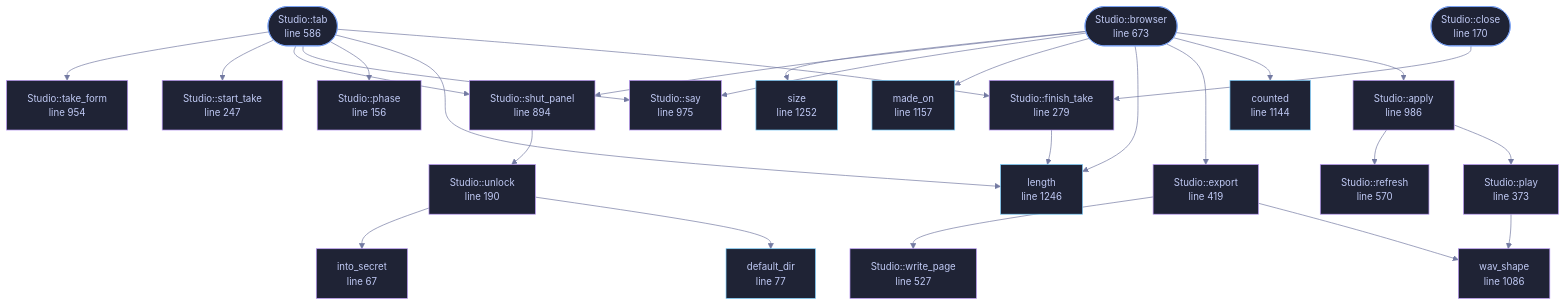
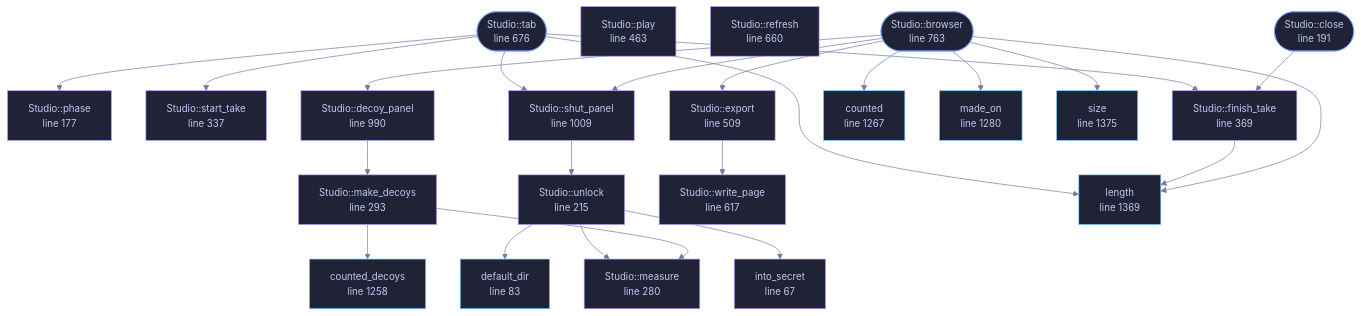
The diagram in docs/files/veilvoice-gui/studio.md (tilas01/veilvoice), drawn with Mermaid before and after one commit. The commit also changed other lines of this file and 83 other files, not shown here.

First line of the commit message:
studio: decoys, and the build that had been red for five commits

````diff
--- a/docs/files/veilvoice-gui/studio.md
+++ b/docs/files/veilvoice-gui/studio.md
@@ -120,79 +120,76 @@
 ```mermaid
 %%{init: {"theme":"base","themeVariables":{"background":"#1a1b26","primaryColor":"#1f2335","primaryTextColor":"#c0caf5","primaryBorderColor":"#7aa2f7","secondaryColor":"#16161e","tertiaryColor":"#16161e","lineColor":"#737aa2","textColor":"#c0caf5","mainBkg":"#1f2335","nodeBorder":"#7aa2f7","clusterBkg":"#16161e","clusterBorder":"#2f3549","fontFamily":"ui-monospace, SFMono-Regular, Consolas, monospace","fontSize":"14px"}}}%%
 flowchart TD
     n_into_secret["into_secret<br/>line 67"]
-    n_default_dir["default_dir<br/>line 77"]
-    n_phase["Studio::phase<br/>line 156"]
-    n_close(["Studio::close<br/>line 170"])
-    n_unlock["Studio::unlock<br/>line 190"]
-    n_start_take["Studio::start_take<br/>line 247"]
-    n_finish_take["Studio::finish_take<br/>line 279"]
-    n_play["Studio::play<br/>line 373"]
-    n_export["Studio::export<br/>line 419"]
-    n_write_page["Studio::write_page<br/>line 527"]
-    n_refresh["Studio::refresh<br/>line 570"]
-    n_tab(["Studio::tab<br/>line 586"])
-    n_browser(["Studio::browser<br/>line 673"])
-    n_shut_panel["Studio::shut_panel<br/>line 894"]
-    n_take_form["Studio::take_form<br/>line 954"]
-    n_say["Studio::say<br/>line 975"]
-    n_apply["Studio::apply<br/>line 986"]
-    n_wav_shape["wav_shape<br/>line 1086"]
-    n_counted["counted<br/>line 1144"]
-    n_made_on["made_on<br/>line 1157"]
-    n_length["length<br/>line 1246"]
-    n_size["size<br/>line 1252"]
-    n_apply --> n_play
-    n_apply --> n_refresh
-    n_browser --> n_apply
+    n_default_dir["default_dir<br/>line 83"]
+    n_phase["Studio::phase<br/>line 177"]
+    n_close(["Studio::close<br/>line 191"])
+    n_unlock["Studio::unlock<br/>line 215"]
+    n_measure["Studio::measure<br/>line 280"]
+    n_make_decoys["Studio::make_decoys<br/>line 293"]
+    n_start_take["Studio::start_take<br/>line 337"]
+    n_finish_take["Studio::finish_take<br/>line 369"]
+    n_play["Studio::play<br/>line 463"]
+    n_export["Studio::export<br/>line 509"]
+    n_write_page["Studio::write_page<br/>line 617"]
+    n_refresh["Studio::refresh<br/>line 660"]
+    n_tab(["Studio::tab<br/>line 676"])
+    n_browser(["Studio::browser<br/>line 763"])
+    n_decoy_panel["Studio::decoy_panel<br/>line 990"]
+    n_shut_panel["Studio::shut_panel<br/>line 1009"]
+    n_counted_decoys["counted_decoys<br/>line 1258"]
+    n_counted["counted<br/>line 1267"]
+    n_made_on["made_on<br/>line 1280"]
+    n_length["length<br/>line 1369"]
+    n_size["size<br/>line 1375"]
     n_browser --> n_counted
+    n_browser --> n_decoy_panel
     n_browser --> n_export
     n_browser --> n_length
     n_browser --> n_made_on
-    n_browser --> n_say
     n_browser --> n_shut_panel
     n_browser --> n_size
     n_close --> n_finish_take
-    n_export --> n_wav_shape
+    n_decoy_panel --> n_make_decoys
     n_export --> n_write_page
     n_finish_take --> n_length
-    n_play --> n_wav_shape
+    n_make_decoys --> n_counted_decoys
+    n_make_decoys --> n_measure
     n_shut_panel --> n_unlock
     n_tab --> n_finish_take
     n_tab --> n_length
     n_tab --> n_phase
-    n_tab --> n_say
     n_tab --> n_shut_panel
     n_tab --> n_start_take
-    n_tab --> n_take_form
     n_unlock --> n_default_dir
     n_unlock --> n_into_secret
+    n_unlock --> n_measure
     click n_into_secret href "https://github.com/tilas01/veilvoice/blob/main/crates/veilvoice-gui/src/studio.rs#L67" "open the source"
-    click n_default_dir href "https://github.com/tilas01/veilvoice/blob/main/crates/veilvoice-gui/src/studio.rs#L77" "open the source"
-    click n_phase href "https://github.com/tilas01/veilvoice/blob/main/crates/veilvoice-gui/src/studio.rs#L156" "open the source"
-    click n_close href "https://github.com/tilas01/veilvoice/blob/main/crates/veilvoice-gui/src/studio.rs#L170" "open the source"
-    click n_unlock href "https://github.com/tilas01/veilvoice/blob/main/crates/veilvoice-gui/src/studio.rs#L190" "open the source"
-    click n_start_take href "https://github.com/tilas01/veilvoice/blob/main/crates/veilvoice-gui/src/studio.rs#L247" "open the source"
-    click n_finish_take href "https://github.com/tilas01/veilvoice/blob/main/crates/veilvoice-gui/src/studio.rs#L279" "open the source"
-    click n_play href "https://github.com/tilas01/veilvoice/blob/main/crates/veilvoice-gui/src/studio.rs#L373" "open the source"
-    click n_export href "https://github.com/tilas01/veilvoice/blob/main/crates/veilvoice-gui/src/studio.rs#L419" "open the source"
-    click n_write_page href "https://github.com/tilas01/veilvoice/blob/main/crates/veilvoice-gui/src/studio.rs#L527" "open the source"
-    click n_refresh href "https://github.com/tilas01/veilvoice/blob/main/crates/veilvoice-gui/src/studio.rs#L570" "open the source"
-    click n_tab href "https://github.com/tilas01/veilvoice/blob/main/crates/veilvoice-gui/src/studio.rs#L586" "open the source"
-    click n_browser href "https://github.com/tilas01/veilvoice/blob/main/crates/veilvoice-gui/src/studio.rs#L673" "open the source"
-    click n_shut_panel href "https://github.com/tilas01/veilvoice/blob/main/crates/veilvoice-gui/src/studio.rs#L894" "open the source"
-    click n_take_form href "https://github.com/tilas01/veilvoice/blob/main/crates/veilvoice-gui/src/studio.rs#L954" "open the source"
-    click n_say href "https://github.com/tilas01/veilvoice/blob/main/crates/veilvoice-gui/src/studio.rs#L975" "open the source"
-    click n_apply href "https://github.com/tilas01/veilvoice/blob/main/crates/veilvoice-gui/src/studio.rs#L986" "open the source"
-    click n_wav_shape href "https://github.com/tilas01/veilvoice/blob/main/crates/veilvoice-gui/src/studio.rs#L1086" "open the source"
-    click n_counted href "https://github.com/tilas01/veilvoice/blob/main/crates/veilvoice-gui/src/studio.rs#L1144" "open the source"
-    click n_made_on href "https://github.com/tilas01/veilvoice/blob/main/crates/veilvoice-gui/src/studio.rs#L1157" "open the source"
-    click n_length href "https://github.com/tilas01/veilvoice/blob/main/crates/veilvoice-gui/src/studio.rs#L1246" "open the source"
-    click n_size href "https://github.com/tilas01/veilvoice/blob/main/crates/veilvoice-gui/src/studio.rs#L1252" "open the source"
+    click n_default_dir href "https://github.com/tilas01/veilvoice/blob/main/crates/veilvoice-gui/src/studio.rs#L83" "open the source"
+    click n_phase href "https://github.com/tilas01/veilvoice/blob/main/crates/veilvoice-gui/src/studio.rs#L177" "open the source"
+    click n_close href "https://github.com/tilas01/veilvoice/blob/main/crates/veilvoice-gui/src/studio.rs#L191" "open the source"
+    click n_unlock href "https://github.com/tilas01/veilvoice/blob/main/crates/veilvoice-gui/src/studio.rs#L215" "open the source"
+    click n_measure href "https://github.com/tilas01/veilvoice/blob/main/crates/veilvoice-gui/src/studio.rs#L280" "open the source"
+    click n_make_decoys href "https://github.com/tilas01/veilvoice/blob/main/crates/veilvoice-gui/src/studio.rs#L293" "open the source"
+    click n_start_take href "https://github.com/tilas01/veilvoice/blob/main/crates/veilvoice-gui/src/studio.rs#L337" "open the source"
+    click n_finish_take href "https://github.com/tilas01/veilvoice/blob/main/crates/veilvoice-gui/src/studio.rs#L369" "open the source"
+    click n_play href "https://github.com/tilas01/veilvoice/blob/main/crates/veilvoice-gui/src/studio.rs#L463" "open the source"
+    click n_export href "https://github.com/tilas01/veilvoice/blob/main/crates/veilvoice-gui/src/studio.rs#L509" "open the source"
+    click n_write_page href "https://github.com/tilas01/veilvoice/blob/main/crates/veilvoice-gui/src/studio.rs#L617" "open the source"
+    click n_refresh href "https://github.com/tilas01/veilvoice/blob/main/crates/veilvoice-gui/src/studio.rs#L660" "open the source"
+    click n_tab href "https://github.com/tilas01/veilvoice/blob/main/crates/veilvoice-gui/src/studio.rs#L676" "open the source"
+    click n_browser href "https://github.com/tilas01/veilvoice/blob/main/crates/veilvoice-gui/src/studio.rs#L763" "open the source"
+    click n_decoy_panel href "https://github.com/tilas01/veilvoice/blob/main/crates/veilvoice-gui/src/studio.rs#L990" "open the source"
+    click n_shut_panel href "https://github.com/tilas01/veilvoice/blob/main/crates/veilvoice-gui/src/studio.rs#L1009" "open the source"
+    click n_counted_decoys href "https://github.com/tilas01/veilvoice/blob/main/crates/veilvoice-gui/src/studio.rs#L1258" "open the source"
+    click n_counted href "https://github.com/tilas01/veilvoice/blob/main/crates/veilvoice-gui/src/studio.rs#L1267" "open the source"
+    click n_made_on href "https://github.com/tilas01/veilvoice/blob/main/crates/veilvoice-gui/src/studio.rs#L1280" "open the source"
+    click n_length href "https://github.com/tilas01/veilvoice/blob/main/crates/veilvoice-gui/src/studio.rs#L1369" "open the source"
+    click n_size href "https://github.com/tilas01/veilvoice/blob/main/crates/veilvoice-gui/src/studio.rs#L1375" "open the source"
     classDef entry fill:#1f2335,stroke:#7aa2f7,color:#c0caf5
     class n_close,n_tab,n_browser entry
     classDef api fill:#1f2335,stroke:#7dcfff,color:#c0caf5
-    class n_default_dir,n_counted,n_made_on,n_length,n_size api
+    class n_default_dir,n_counted_decoys,n_counted,n_made_on,n_length,n_size api
     classDef helper fill:#1f2335,stroke:#bb9af7,color:#c0caf5
-    class n_into_secret,n_phase,n_unlock,n_start_take,n_finish_take,n_play,n_export,n_write_page,n_refresh,n_shut_panel,n_take_form,n_say,n_apply,n_wav_shape helper
+    class n_into_secret,n_phase,n_unlock,n_measure,n_make_decoys,n_start_take,n_finish_take,n_play,n_export,n_write_page,n_refresh,n_decoy_panel,n_shut_panel helper
 ```
````
